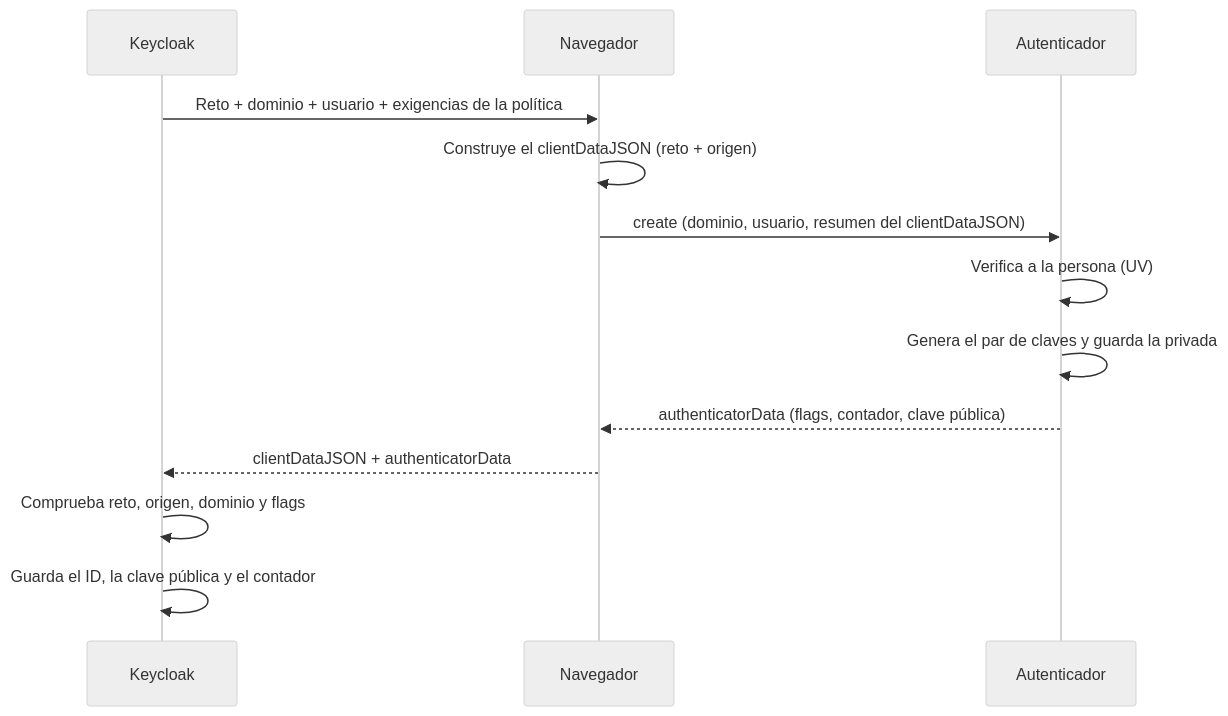
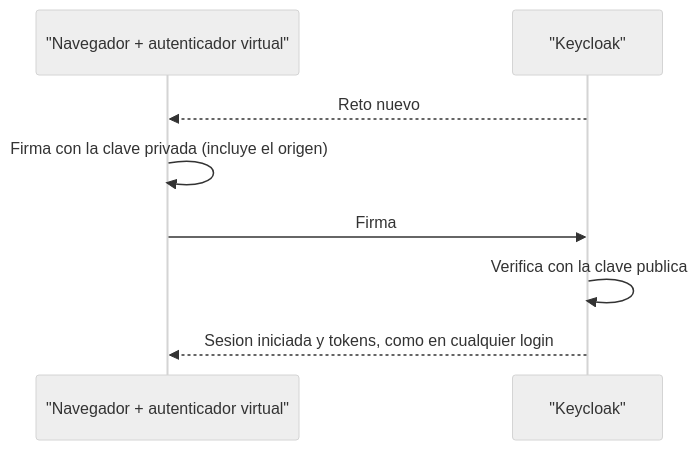
One commit to ging/lab2-webauthn changed the second of 3 diagrams in README.md. Above: the diagram before and after it, drawn with Mermaid (neutral theme). The commit also changed other lines of this file, not shown here.

Commit message:
Lab 2: apartado 6 para el alumno, detalles opcionales plegados, contador como dato curioso y diagramas separados

````diff
--- a/README.md
+++ b/README.md
@@ -211,15 +83,10 @@
 ```mermaid
 sequenceDiagram
-  participant K as Keycloak
-  participant N as Navegador
-  participant A as Autenticador
-  K->>N: Reto + dominio + usuario + exigencias de la política
-  N->>N: Construye el clientDataJSON (reto + origen)
-  N->>A: create (dominio, usuario, resumen del clientDataJSON)
-  A->>A: Verifica a la persona (UV)
-  A->>A: Genera el par de claves y guarda la privada
-  A-->>N: authenticatorData (flags, contador, clave pública)
-  N-->>K: clientDataJSON + authenticatorData
-  K->>K: Comprueba reto, origen, dominio y flags
-  K->>K: Guarda el ID, la clave pública y el contador
+  participant N as "Navegador + autenticador virtual"
+  participant K as "Keycloak"
+  K-->>N: Reto nuevo
+  N->>N: Firma con la clave privada (incluye el origen)
+  N->>K: Firma
+  K->>K: Verifica con la clave publica
+  K-->>N: Sesion iniciada y tokens, como en cualquier login
 ```
````
